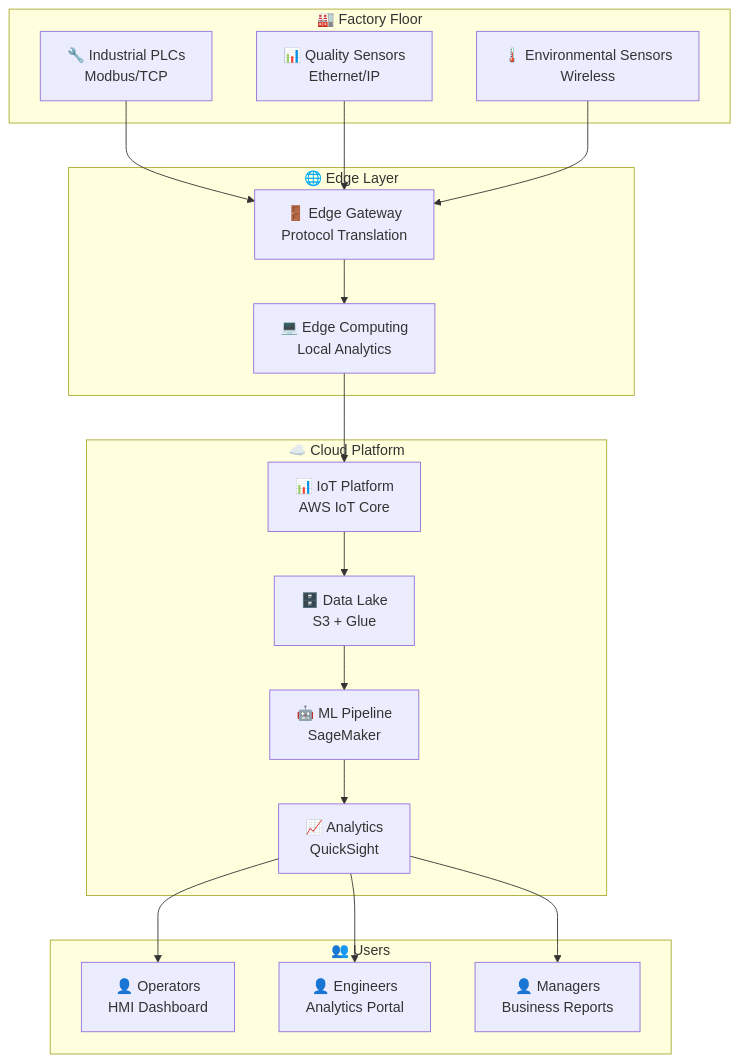
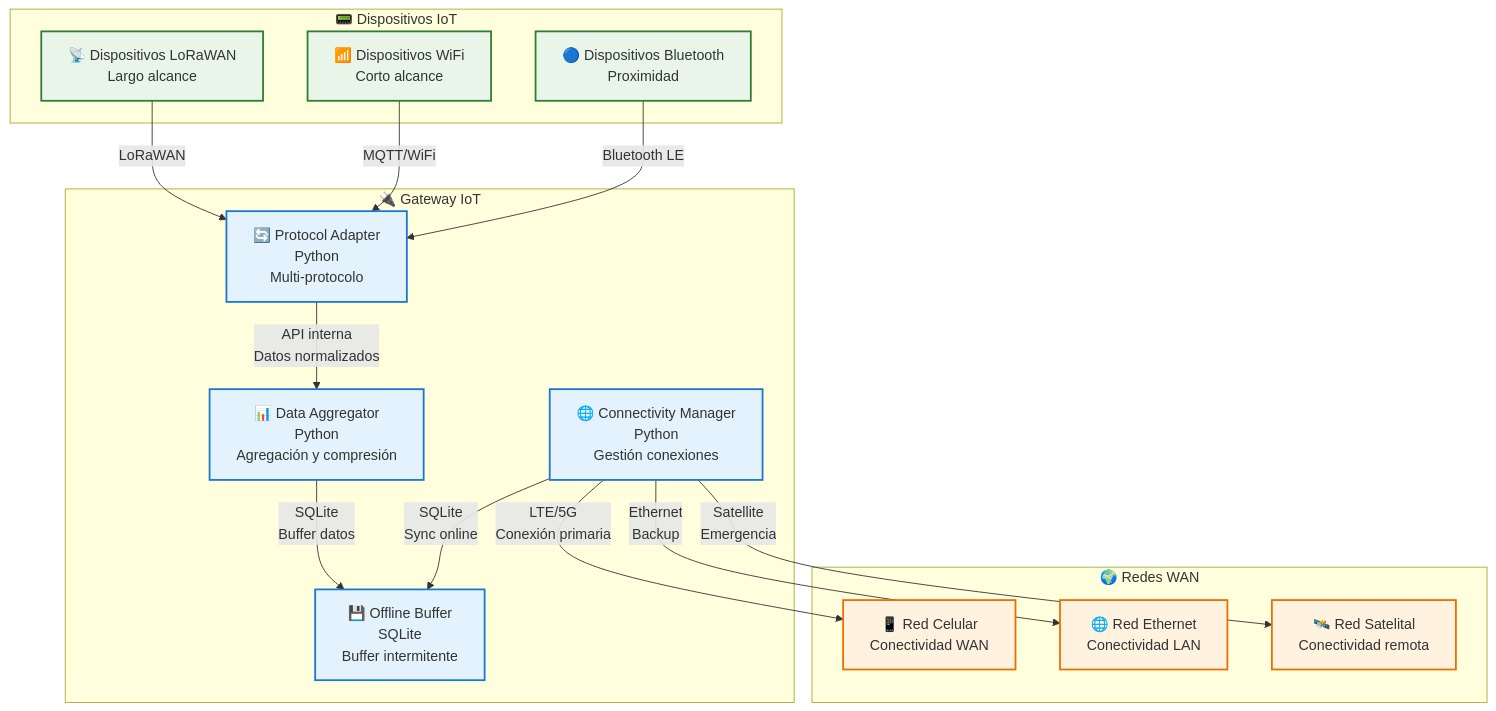
One commit to JanoverSaldana/apuntes-IoT changed the seventh of 8 diagrams in semana-4/C4-Diagrams-Guide/05-IoT-Examples.md. Above: the diagram before and after it, drawn with Mermaid. The commit also changed other lines of this file and 12 other files, not shown here.

Commit message:
Remove PlantUML diagrams and related documentation in favor of using Mermaid for GitHub visualization. Update README to reflect new diagramming approach and tools.

````diff
--- a/semana-4/C4-Diagrams-Guide/05-IoT-Examples.md
+++ b/semana-4/C4-Diagrams-Guide/05-IoT-Examples.md
@@ -419,40 +414,45 @@
 ```mermaid
 graph TB
-    subgraph "🏭 Factory Floor"
-        D1[🔧 Industrial PLCs<br/>Modbus/TCP]
-        D2[📊 Quality Sensors<br/>Ethernet/IP]
-        D3[🌡️ Environmental Sensors<br/>Wireless]
+    subgraph "📟 Dispositivos IoT"
+        D1[📡 Dispositivos LoRaWAN<br/>Largo alcance]
+        D2[📶 Dispositivos WiFi<br/>Corto alcance]
+        D3[🔵 Dispositivos Bluetooth<br/>Proximidad]
     end
     
-    subgraph "🌐 Edge Layer"
-        E1[🚪 Edge Gateway<br/>Protocol Translation]
-        E2[💻 Edge Computing<br/>Local Analytics]
+    subgraph "🔌 Gateway IoT"
+        C1[🔄 Protocol Adapter<br/>Python<br/>Multi-protocolo]
+        C2[🌐 Connectivity Manager<br/>Python<br/>Gestión conexiones]
+        C3[📊 Data Aggregator<br/>Python<br/>Agregación y compresión]
+        C4[💾 Offline Buffer<br/>SQLite<br/>Buffer intermitente]
     end
     
-    subgraph "☁️ Cloud Platform"
-        C1[📊 IoT Platform<br/>AWS IoT Core]
-        C2[🗄️ Data Lake<br/>S3 + Glue]
-        C3[🤖 ML Pipeline<br/>SageMaker]
-        C4[📈 Analytics<br/>QuickSight]
+    subgraph "🌍 Redes WAN"
+        N1[📱 Red Celular<br/>Conectividad WAN]
+        N2[🌐 Red Ethernet<br/>Conectividad LAN]
+        N3[🛰️ Red Satelital<br/>Conectividad remota]
     end
     
-    subgraph "👥 Users"
-        U1[👤 Operators<br/>HMI Dashboard]
-        U2[👤 Engineers<br/>Analytics Portal]
-        U3[👤 Managers<br/>Business Reports]
-    end
+    %% Entrada de datos
+    D1 -->|LoRaWAN| C1
+    D2 -->|MQTT/WiFi| C1
+    D3 -->|Bluetooth LE| C1
     
-    D1 --> E1
-    D2 --> E1
-    D3 --> E1
+    %% Procesamiento interno
+    C1 -->|API interna<br/>Datos normalizados| C3
+    C3 -->|SQLite<br/>Buffer datos| C4
+    C2 -->|SQLite<br/>Sync online| C4
     
-    E1 --> E2
-    E2 --> C1
-    C1 --> C2
-    C2 --> C3
-    C3 --> C4
+    %% Conectividad externa
+    C2 -->|LTE/5G<br/>Conexión primaria| N1
+    C2 -->|Ethernet<br/>Backup| N2
+    C2 -->|Satellite<br/>Emergencia| N3
     
-    C4 --> U1
-    C4 --> U2
-    C4 --> U3
+    %% Estilos
+    classDef deviceStyle fill:#e8f5e8,stroke:#2e7d32,stroke-width:2px
+    classDef gatewayStyle fill:#e3f2fd,stroke:#1976d2,stroke-width:2px
+    classDef networkStyle fill:#fff3e0,stroke:#ef6c00,stroke-width:2px
+    
+    class D1,D2,D3 deviceStyle
+    class C1,C2,C3,C4 gatewayStyle
+    class N1,N2,N3 networkStyle
 ```
````
